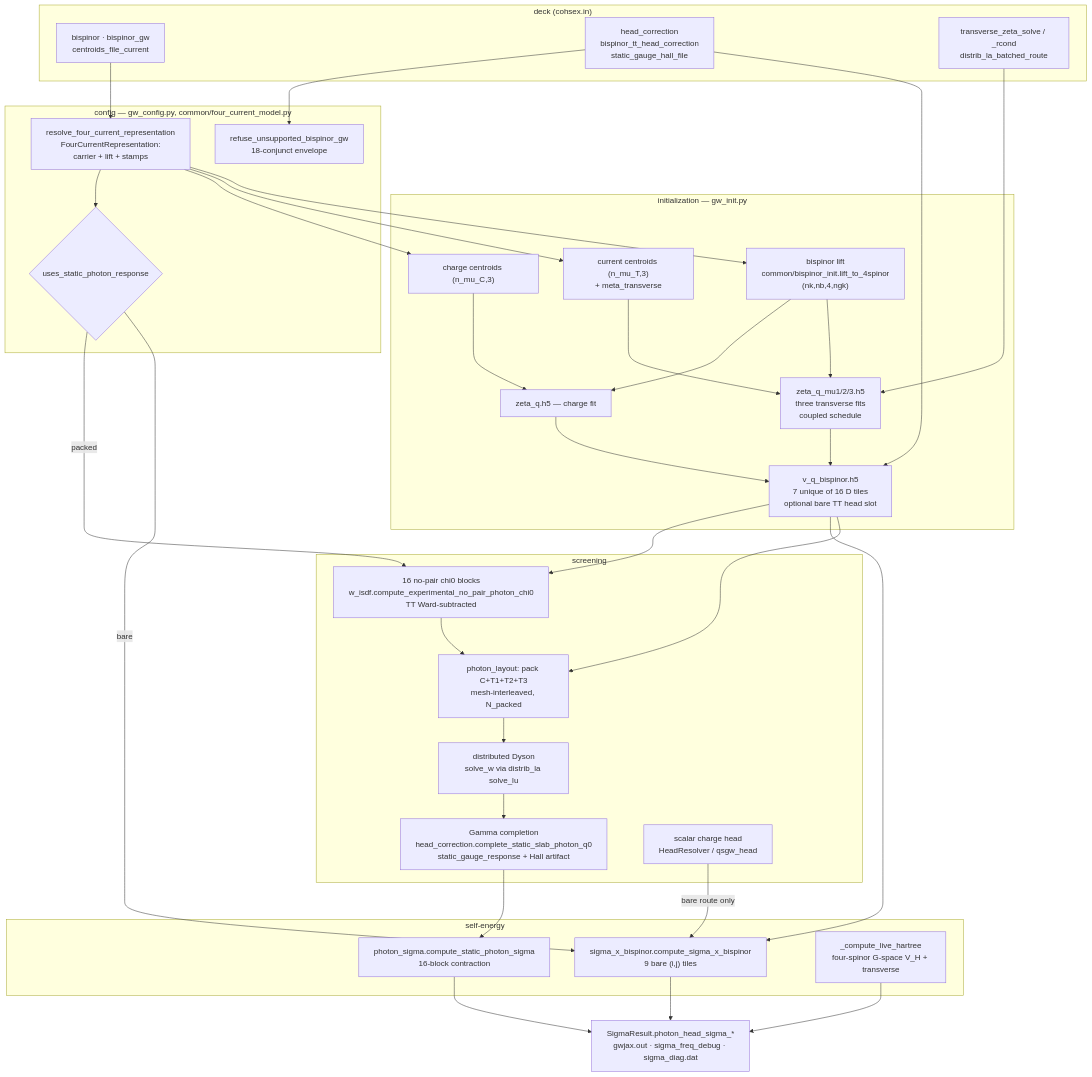
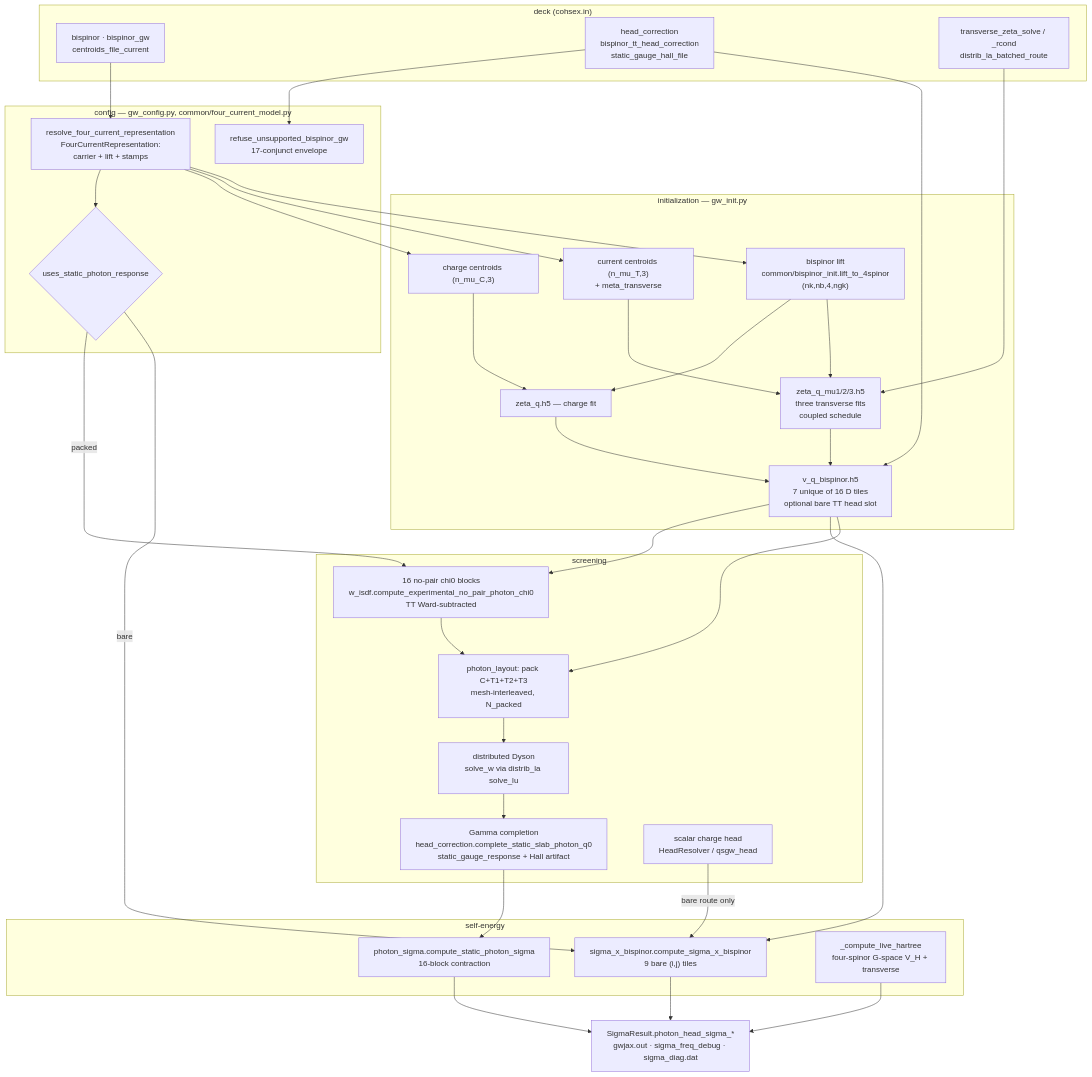
Before and after one commit to jackmcarthur/lorrax: the diagram in docs/architecture/four_current_wiring.md, drawn with Mermaid. The commit also changed other lines of this file, not shown here.

````diff
--- a/docs/architecture/four_current_wiring.md
+++ b/docs/architecture/four_current_wiring.md
@@ -39,67 +53,67 @@
 ```mermaid
 flowchart TD
   subgraph DECK["deck (cohsex.in)"]
     K1["bispinor · bispinor_gw<br/>centroids_file_current"]
     K2["head_correction<br/>bispinor_tt_head_correction<br/>static_gauge_hall_file"]
     K3["transverse_zeta_solve / _rcond<br/>distrib_la_batched_route"]
   end
 
   subgraph CFG["config — gw_config.py, common/four_current_model.py"]
     R["resolve_four_current_representation<br/>FourCurrentRepresentation:<br/>carrier + lift + stamps"]
     F{"uses_static_photon_response"}
-    E["refuse_unsupported_bispinor_gw<br/>18-conjunct envelope"]
+    E["refuse_unsupported_bispinor_gw<br/>17-conjunct envelope"]
   end
 
   subgraph INIT["initialization — gw_init.py"]
     C1["charge centroids (n_mu_C,3)"]
     C2["current centroids (n_mu_T,3)<br/>+ meta_transverse"]
     L["bispinor lift<br/>common/bispinor_init.lift_to_4spinor<br/>(nk,nb,4,ngk)"]
     Z0["zeta_q.h5 — charge fit"]
     ZT["zeta_q_mu1/2/3.h5<br/>three transverse fits<br/>coupled schedule"]
     VQ["v_q_bispinor.h5<br/>7 unique of 16 D tiles<br/>optional bare TT head slot"]
   end
 
   subgraph SCR["screening"]
     CHI["16 no-pair chi0 blocks<br/>w_isdf.compute_experimental_no_pair_photon_chi0<br/>TT Ward-subtracted"]
     PK["photon_layout: pack C+T1+T2+T3<br/>mesh-interleaved, N_packed"]
     DY["distributed Dyson<br/>solve_w via distrib_la solve_lu"]
     HD["Gamma completion<br/>head_correction.complete_static_slab_photon_q0<br/>static_gauge_response + Hall artifact"]
     SW["scalar charge head<br/>HeadResolver / qsgw_head"]
   end
 
   subgraph SIG["self-energy"]
     PS["photon_sigma.compute_static_photon_sigma<br/>16-block contraction"]
     SB["sigma_x_bispinor.compute_sigma_x_bispinor<br/>9 bare (i,j) tiles"]
     HT["_compute_live_hartree<br/>four-spinor G-space V_H + transverse"]
   end
 
   OUT["SigmaResult.photon_head_sigma_*<br/>gwjax.out · sigma_freq_debug · sigma_diag.dat"]
 
   K1 --> R
   R --> F
   K2 --> E
   K3 --> ZT
   F -->|packed| CHI
   F -->|bare| SB
   R --> C1
   R --> C2
   R --> L
   C1 --> Z0
   C2 --> ZT
   L --> Z0
   L --> ZT
   Z0 --> VQ
   ZT --> VQ
   K2 --> VQ
   VQ --> CHI
   VQ --> SB
   VQ --> PK
   CHI --> PK
   PK --> DY
   DY --> HD
   HD --> PS
   SW -->|bare route only| SB
   PS --> OUT
   SB --> OUT
   HT --> OUT
 ```
````
